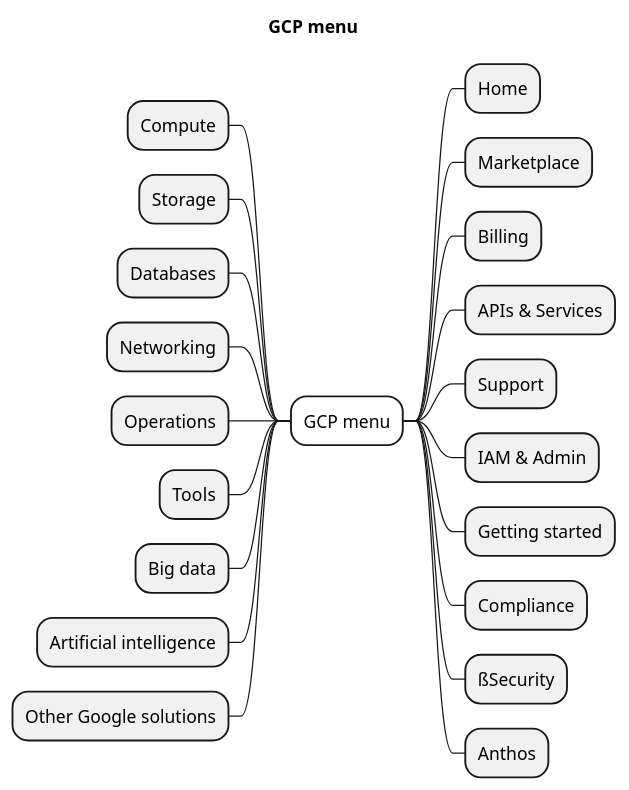
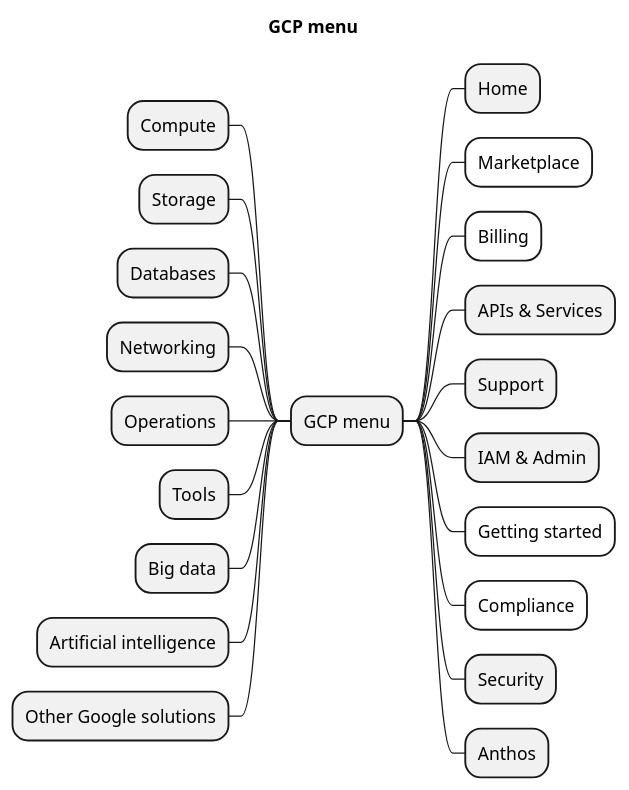
One commit to pham-anh/learn-lpic changed the diagram in gcp/img/gcp_menu_overview.puml. Above: the diagram before and after it, drawn with PlantUML. The commit also changed 12 other files, not shown here.

```diff
--- a/gcp/img/gcp_menu_overview.puml
+++ b/gcp/img/gcp_menu_overview.puml
@@ -1,23 +1,23 @@
 @startmindmap
 title GCP menu
-*[#White] GCP menu
+* GCP menu
 ** Home
-** Marketplace
-** Billing
+**[#White] Marketplace
+**[#White] Billing
 ** APIs & Services
 ** Support
 ** IAM & Admin
-** Getting started
-** Compliance
-** ßSecurity
+**[#White] Getting started
+**[#White] Compliance
+** Security
 ** Anthos
 -- Compute
 -- Storage
 -- Databases
 -- Networking
 -- Operations
 -- Tools
 -- Big data
 -- Artificial intelligence
 -- Other Google solutions
 @endmindmap
```
